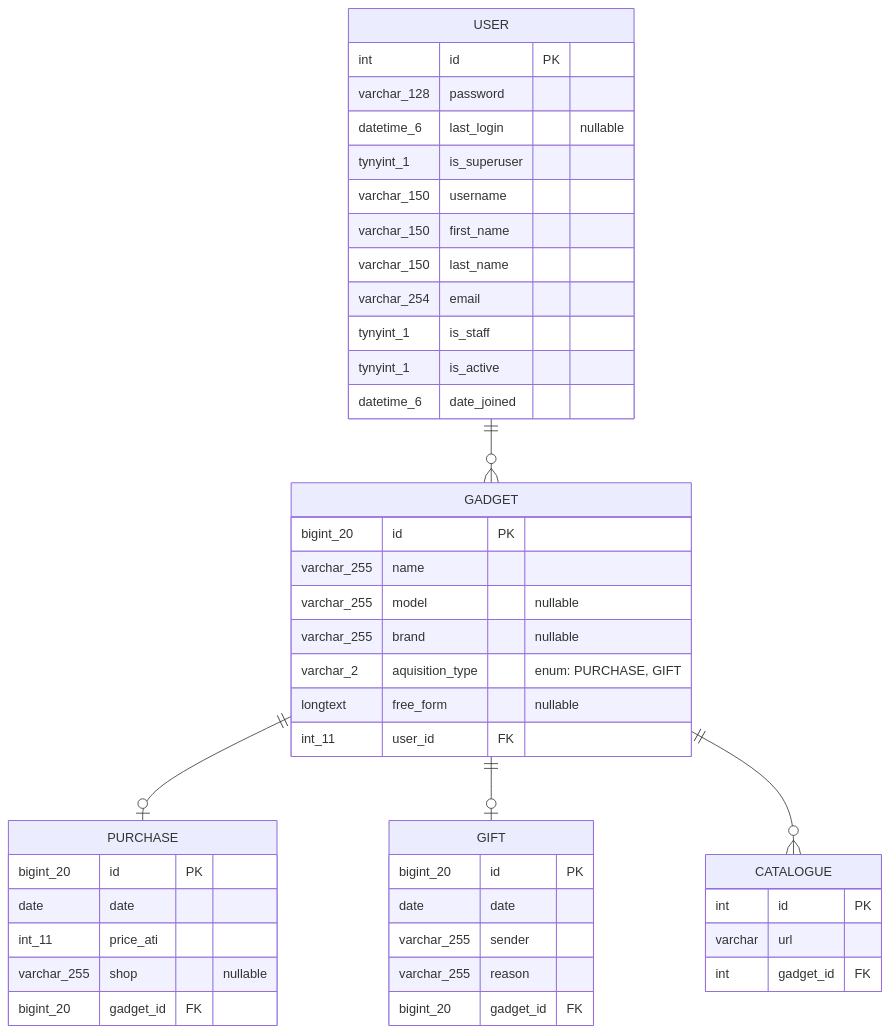
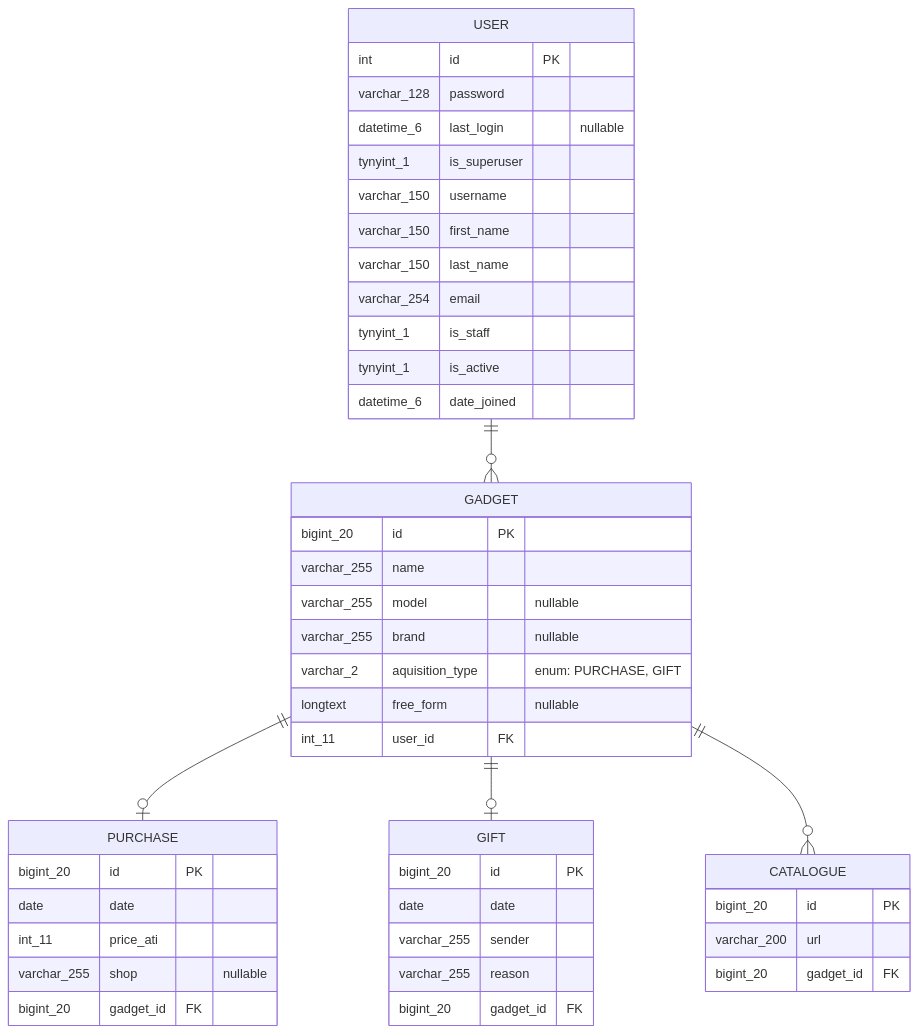
Before and after one commit to lynxlevin/gadget_collection: the diagram in docs/er_diagram.md, drawn with Mermaid. The commit also changed 2 other files, not shown here.

Commit message:
add Catalogue model

````diff
--- a/docs/er_diagram.md
+++ b/docs/er_diagram.md
@@ -1,49 +1,49 @@
 ```mermaid
 erDiagram
     USER ||--o{ GADGET : ""
     USER {
         int id PK
         varchar_128 password
         datetime_6 last_login "nullable"
         tynyint_1 is_superuser
         varchar_150 username
         varchar_150 first_name
         varchar_150 last_name
         varchar_254 email
         tynyint_1 is_staff
         tynyint_1 is_active
         datetime_6 date_joined
     }
     GADGET ||--o| PURCHASE : ""
     GADGET ||--o| GIFT : ""
     GADGET ||--o{ CATALOGUE : ""
     GADGET {
         bigint_20 id PK
         varchar_255 name
         varchar_255 model "nullable"
         varchar_255 brand "nullable"
         varchar_2 aquisition_type "enum: PURCHASE, GIFT"
         longtext free_form "nullable"
         int_11 user_id FK
     }
     PURCHASE {
         bigint_20 id PK
         date date
         int_11 price_ati
         varchar_255 shop "nullable"
         bigint_20 gadget_id FK
     }
     GIFT {
         bigint_20 id PK
         date date
         varchar_255 sender
         varchar_255 reason
         bigint_20 gadget_id FK
     }
     CATALOGUE {
-        int id PK
-        varchar url
-        int gadget_id FK
+        bigint_20 id PK
+        varchar_200 url
+        bigint_20 gadget_id FK
     }
 
 ```
````
